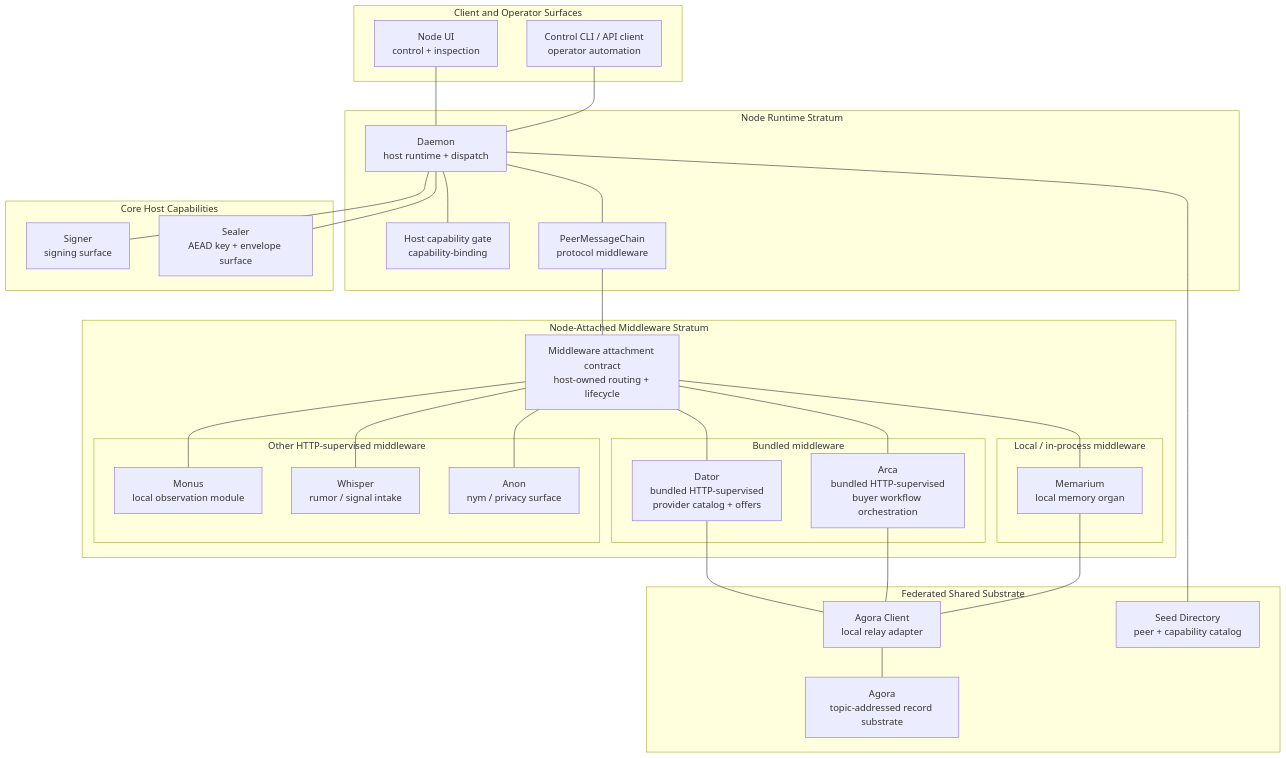
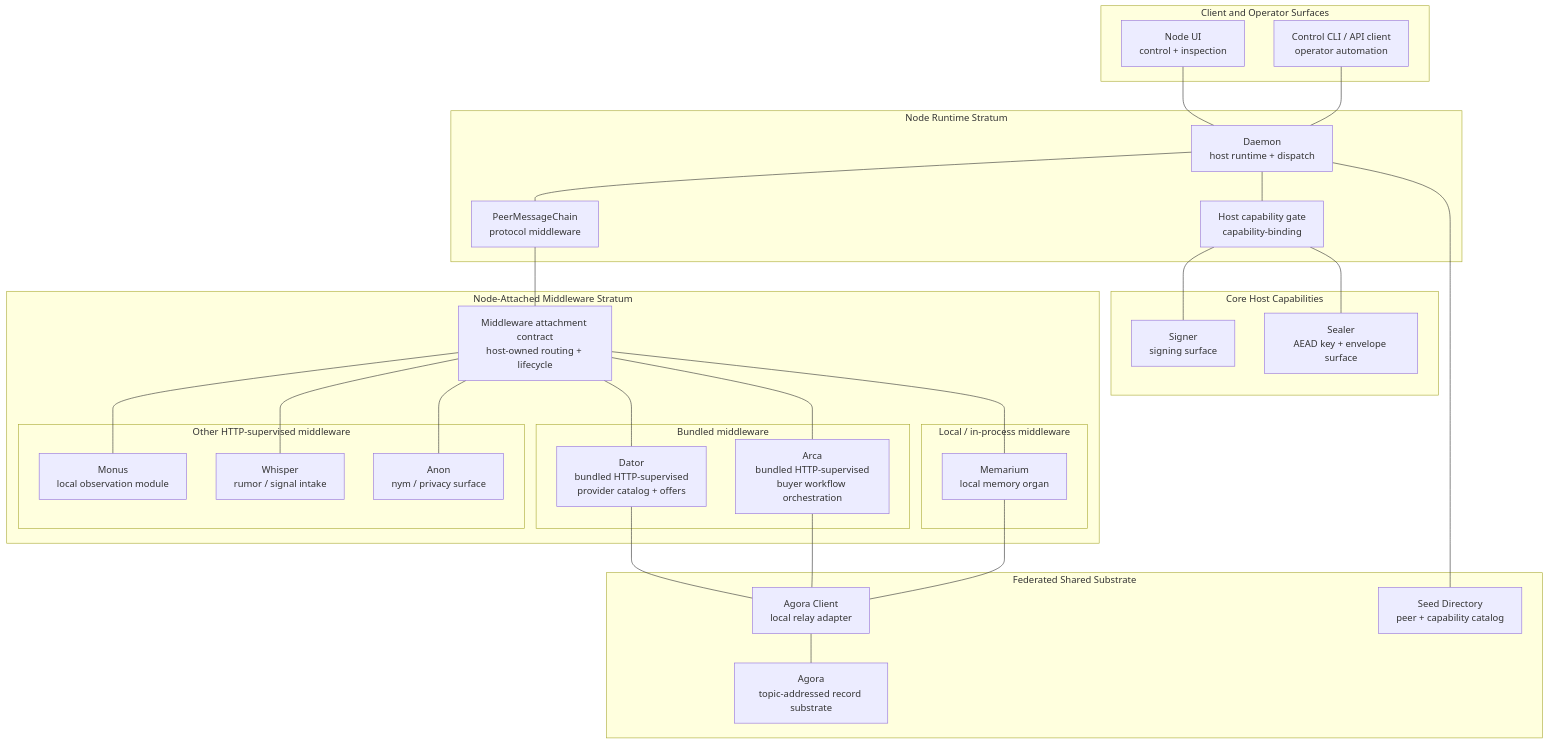
Before and after one commit to diapod/orbidocs: the diagram in doc/diagrams/architecture/orbiplex-root-component-map.md, drawn with Mermaid. The commit also changed other lines of this file and 51 other files, not shown here.

First line of the commit message:
Document address attestation, crisis flows, and capability contracts

````diff
--- a/doc/diagrams/architecture/orbiplex-root-component-map.md
+++ b/doc/diagrams/architecture/orbiplex-root-component-map.md
@@ -10,77 +10,77 @@
 ``` mermaid
 flowchart TB
   subgraph ClientSurfaces["Client and Operator Surfaces"]
     UI["Node UI<br/>control + inspection"]
     Control["Control CLI / API client<br/>operator automation"]
   end
 
   subgraph NodeRuntime["Node Runtime Stratum"]
     Daemon["Daemon<br/>host runtime + dispatch"]
     Gate["Host capability gate<br/>capability-binding"]
     PeerChain["PeerMessageChain<br/>protocol middleware"]
   end
 
   subgraph CoreCapabilities["Core Host Capabilities"]
     Signer["Signer<br/>signing surface"]
     Sealer["Sealer<br/>AEAD key + envelope surface"]
   end
 
   subgraph MiddlewareStratum["Node-Attached Middleware Stratum"]
     Middleware["Middleware attachment contract<br/>host-owned routing + lifecycle"]
 
     subgraph LocalMiddleware["Local / in-process middleware"]
       Memarium["Memarium<br/>local memory organ"]
     end
 
     subgraph BundledMiddleware["Bundled middleware"]
       Dator["Dator<br/>bundled HTTP-supervised<br/>provider catalog + offers"]
       Arca["Arca<br/>bundled HTTP-supervised<br/>buyer workflow orchestration"]
     end
 
     subgraph SupervisedHttpMiddleware["Other HTTP-supervised middleware"]
       Monus["Monus<br/>local observation module"]
       Whisper["Whisper<br/>rumor / signal intake"]
       Anon["Anon<br/>nym / privacy surface"]
     end
   end
 
   subgraph SharedSubstrate["Federated Shared Substrate"]
     AgoraClient["Agora Client<br/>local relay adapter"]
     Agora["Agora<br/>topic-addressed record substrate"]
     SeedDirectory["Seed Directory<br/>peer + capability catalog"]
   end
 
   UI --- Daemon
   Control --- Daemon
   Daemon --- Gate
   Daemon --- PeerChain
-  Daemon --- Signer
-  Daemon --- Sealer
+  Gate --- Signer
+  Gate --- Sealer
   PeerChain --- Middleware
   Middleware --- Memarium
   Middleware --- Dator
   Middleware --- Arca
   Middleware --- Monus
   Middleware --- Whisper
   Middleware --- Anon
   Dator --- AgoraClient
   Arca --- AgoraClient
   Memarium --- AgoraClient
   AgoraClient --- Agora
   Daemon --- SeedDirectory
 
   click UI "../../../project/60-solutions/node-ui/" "Orbiplex Node UI"
   click Daemon "../../../project/60-solutions/node/" "Orbiplex Node"
   click Gate "../../../project/60-solutions/capability-binding/" "Capability Binding"
   click Signer "../../../project/40-proposals/037-generic-signing-service/" "Generic Signing Service"
   click Sealer "../../../project/60-solutions/sealer/" "Sealer"
   click Memarium "../../../project/60-solutions/memarium/" "Memarium"
   click Dator "../../../project/40-proposals/023-federated-offer-distribution-and-catalog-listener/" "Dator / catalog listener"
   click Arca "../../../project/40-proposals/021-service-offers-orders-and-procurement-bridge/" "Arca / procurement bridge"
   click Monus "../../../project/60-solutions/monus/" "Monus"
   click Whisper "../../../project/60-solutions/whisper/" "Whisper"
   click Anon "../../../project/60-solutions/anon/" "Anon"
   click AgoraClient "../../../project/40-proposals/023-federated-offer-distribution-and-catalog-listener/" "Agora-facing catalog listener"
   click Agora "../../../project/40-proposals/035-agora-topic-addressed-record-relay/" "Agora"
   click SeedDirectory "../../../project/40-proposals/025-seed-directory-as-capability-catalog/" "Seed Directory"
 ```
````
